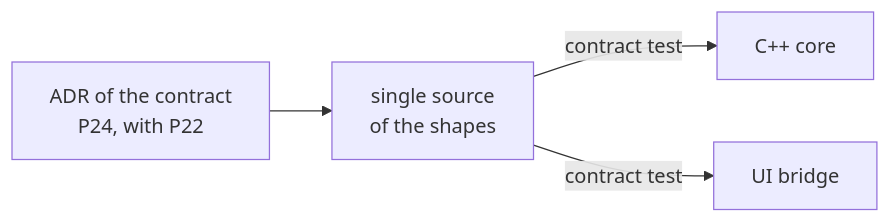
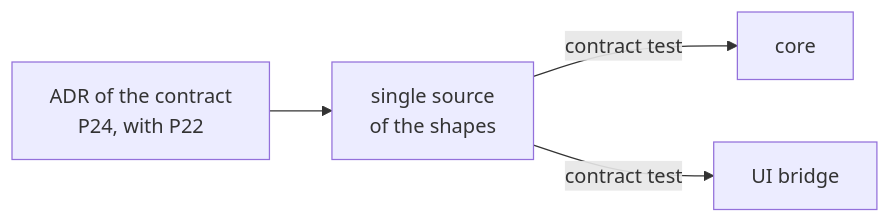
The first of 2 diagrams in docs/architecture/protocol-and-contract.md (ViktorWalde/KineinVectis), drawn with Mermaid before and after one commit. The commit also changed other lines of this file and 24 other files, not shown here.

````diff
--- a/docs/architecture/protocol-and-contract.md
+++ b/docs/architecture/protocol-and-contract.md
@@ -23,6 +23,6 @@
 ```mermaid
 flowchart LR
     ADR["ADR of the contract<br/>P24, with P22"] --> SRC["single source<br/>of the shapes"]
-    SRC -->|contract test| CORE["C++ core"]
+    SRC -->|contract test| CORE["core"]
     SRC -->|contract test| BRIDGE["UI bridge"]
 ```
````
